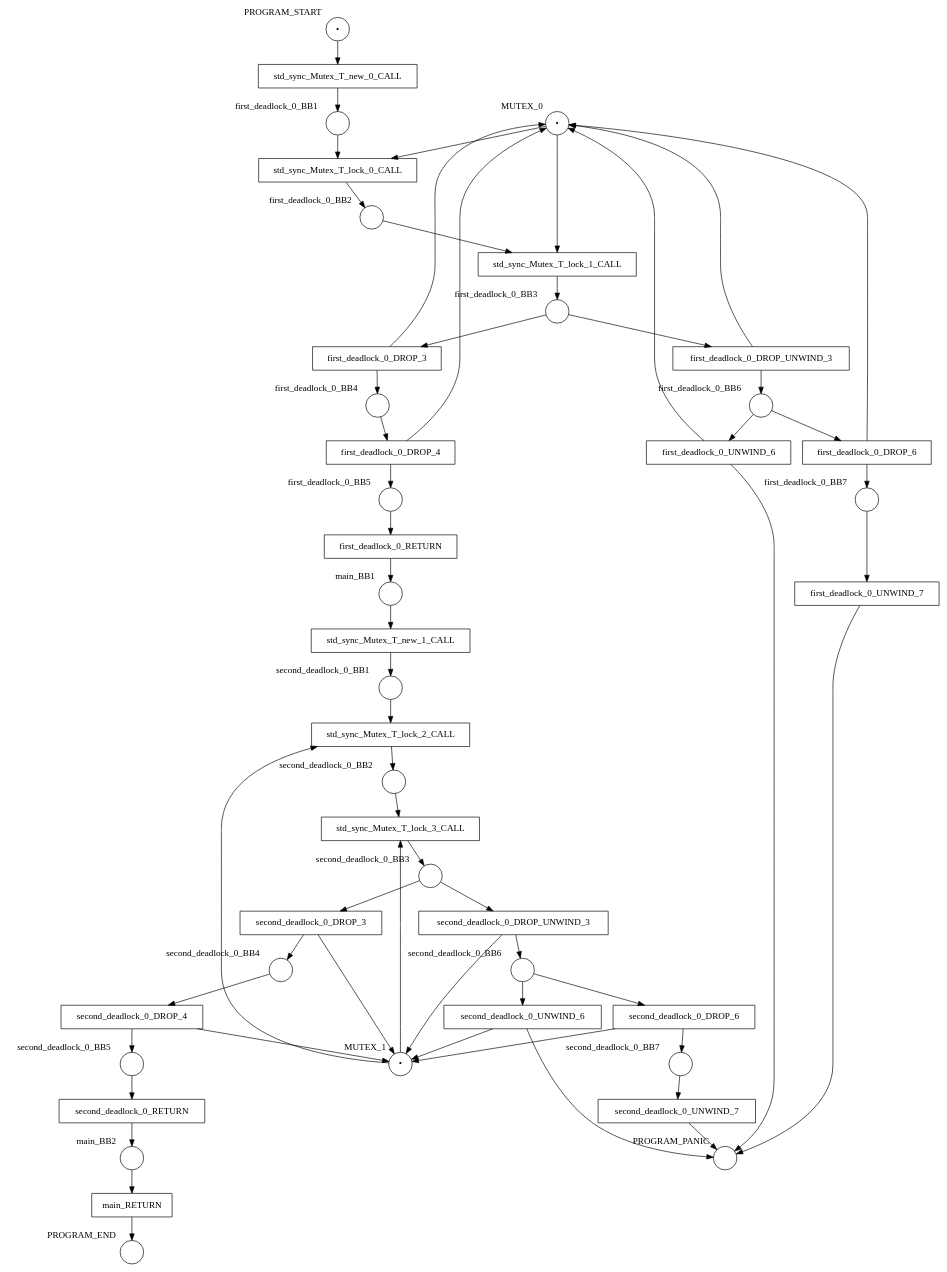
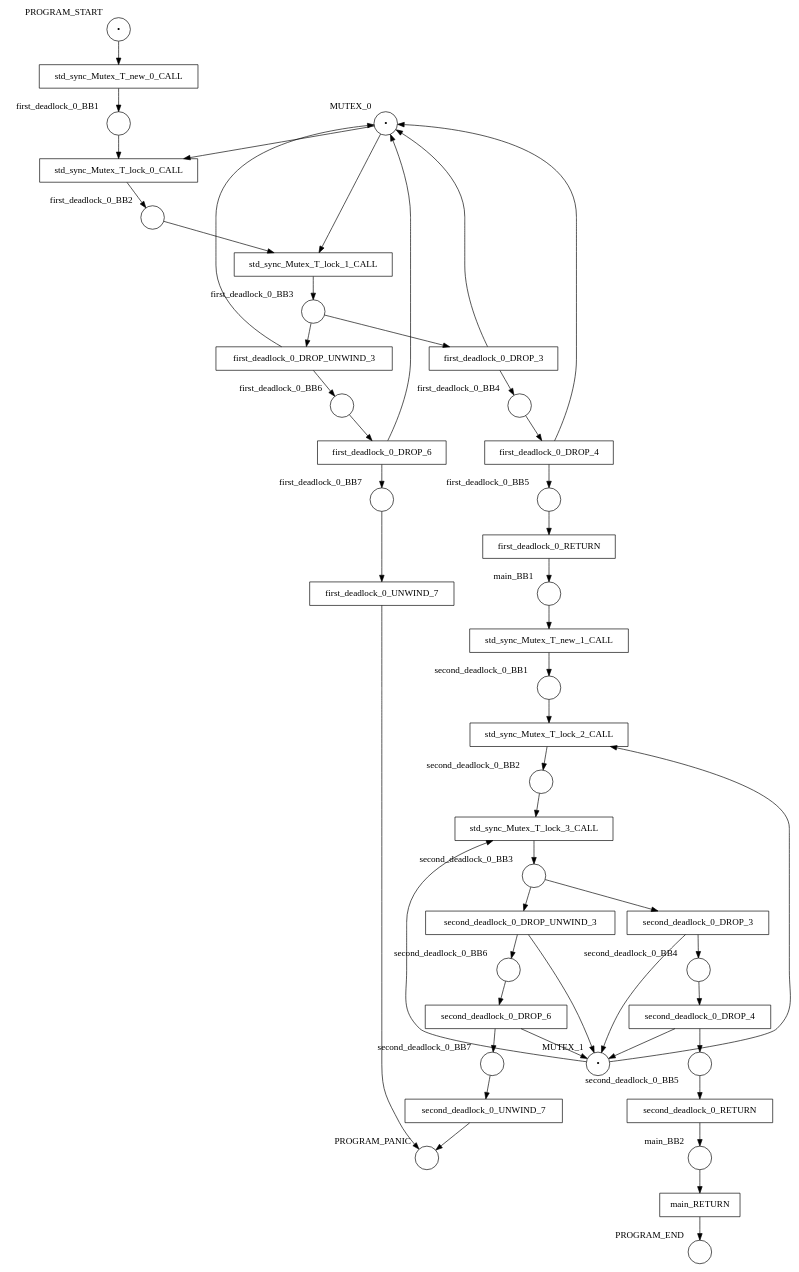
The diagram in examples/results/mutex/double_lock_deadlock_in_function/net.dot (hlisdero/cargo-check-deadlock), drawn with Graphviz before and after one commit. The commit also changed 38 other files, not shown here.

```diff
--- a/examples/results/mutex/double_lock_deadlock_in_function/net.dot
+++ b/examples/results/mutex/double_lock_deadlock_in_function/net.dot
@@ -1,100 +1,92 @@
 digraph petrinet {
     MUTEX_0 [shape="circle" xlabel="MUTEX_0" label="•"];
     MUTEX_1 [shape="circle" xlabel="MUTEX_1" label="•"];
     PROGRAM_END [shape="circle" xlabel="PROGRAM_END" label=""];
     PROGRAM_PANIC [shape="circle" xlabel="PROGRAM_PANIC" label=""];
     PROGRAM_START [shape="circle" xlabel="PROGRAM_START" label="•"];
     first_deadlock_0_BB1 [shape="circle" xlabel="first_deadlock_0_BB1" label=""];
     first_deadlock_0_BB2 [shape="circle" xlabel="first_deadlock_0_BB2" label=""];
     first_deadlock_0_BB3 [shape="circle" xlabel="first_deadlock_0_BB3" label=""];
     first_deadlock_0_BB4 [shape="circle" xlabel="first_deadlock_0_BB4" label=""];
     first_deadlock_0_BB5 [shape="circle" xlabel="first_deadlock_0_BB5" label=""];
     first_deadlock_0_BB6 [shape="circle" xlabel="first_deadlock_0_BB6" label=""];
     first_deadlock_0_BB7 [shape="circle" xlabel="first_deadlock_0_BB7" label=""];
     main_BB1 [shape="circle" xlabel="main_BB1" label=""];
     main_BB2 [shape="circle" xlabel="main_BB2" label=""];
     second_deadlock_0_BB1 [shape="circle" xlabel="second_deadlock_0_BB1" label=""];
     second_deadlock_0_BB2 [shape="circle" xlabel="second_deadlock_0_BB2" label=""];
     second_deadlock_0_BB3 [shape="circle" xlabel="second_deadlock_0_BB3" label=""];
     second_deadlock_0_BB4 [shape="circle" xlabel="second_deadlock_0_BB4" label=""];
     second_deadlock_0_BB5 [shape="circle" xlabel="second_deadlock_0_BB5" label=""];
     second_deadlock_0_BB6 [shape="circle" xlabel="second_deadlock_0_BB6" label=""];
     second_deadlock_0_BB7 [shape="circle" xlabel="second_deadlock_0_BB7" label=""];
     first_deadlock_0_DROP_3 [shape="box" xlabel="" label="first_deadlock_0_DROP_3"];
     first_deadlock_0_DROP_4 [shape="box" xlabel="" label="first_deadlock_0_DROP_4"];
     first_deadlock_0_DROP_6 [shape="box" xlabel="" label="first_deadlock_0_DROP_6"];
     first_deadlock_0_DROP_UNWIND_3 [shape="box" xlabel="" label="first_deadlock_0_DROP_UNWIND_3"];
     first_deadlock_0_RETURN [shape="box" xlabel="" label="first_deadlock_0_RETURN"];
-    first_deadlock_0_UNWIND_6 [shape="box" xlabel="" label="first_deadlock_0_UNWIND_6"];
     first_deadlock_0_UNWIND_7 [shape="box" xlabel="" label="first_deadlock_0_UNWIND_7"];
     main_RETURN [shape="box" xlabel="" label="main_RETURN"];
     second_deadlock_0_DROP_3 [shape="box" xlabel="" label="second_deadlock_0_DROP_3"];
     second_deadlock_0_DROP_4 [shape="box" xlabel="" label="second_deadlock_0_DROP_4"];
     second_deadlock_0_DROP_6 [shape="box" xlabel="" label="second_deadlock_0_DROP_6"];
     second_deadlock_0_DROP_UNWIND_3 [shape="box" xlabel="" label="second_deadlock_0_DROP_UNWIND_3"];
     second_deadlock_0_RETURN [shape="box" xlabel="" label="second_deadlock_0_RETURN"];
-    second_deadlock_0_UNWIND_6 [shape="box" xlabel="" label="second_deadlock_0_UNWIND_6"];
     second_deadlock_0_UNWIND_7 [shape="box" xlabel="" label="second_deadlock_0_UNWIND_7"];
     std_sync_Mutex_T_lock_0_CALL [shape="box" xlabel="" label="std_sync_Mutex_T_lock_0_CALL"];
     std_sync_Mutex_T_lock_1_CALL [shape="box" xlabel="" label="std_sync_Mutex_T_lock_1_CALL"];
     std_sync_Mutex_T_lock_2_CALL [shape="box" xlabel="" label="std_sync_Mutex_T_lock_2_CALL"];
     std_sync_Mutex_T_lock_3_CALL [shape="box" xlabel="" label="std_sync_Mutex_T_lock_3_CALL"];
     std_sync_Mutex_T_new_0_CALL [shape="box" xlabel="" label="std_sync_Mutex_T_new_0_CALL"];
     std_sync_Mutex_T_new_1_CALL [shape="box" xlabel="" label="std_sync_Mutex_T_new_1_CALL"];
     MUTEX_0 -> std_sync_Mutex_T_lock_0_CALL;
     MUTEX_0 -> std_sync_Mutex_T_lock_1_CALL;
     MUTEX_1 -> std_sync_Mutex_T_lock_2_CALL;
     MUTEX_1 -> std_sync_Mutex_T_lock_3_CALL;
     PROGRAM_START -> std_sync_Mutex_T_new_0_CALL;
     first_deadlock_0_BB1 -> std_sync_Mutex_T_lock_0_CALL;
     first_deadlock_0_BB2 -> std_sync_Mutex_T_lock_1_CALL;
     first_deadlock_0_BB3 -> first_deadlock_0_DROP_3;
     first_deadlock_0_BB3 -> first_deadlock_0_DROP_UNWIND_3;
     first_deadlock_0_BB4 -> first_deadlock_0_DROP_4;
     first_deadlock_0_BB5 -> first_deadlock_0_RETURN;
     first_deadlock_0_BB6 -> first_deadlock_0_DROP_6;
-    first_deadlock_0_BB6 -> first_deadlock_0_UNWIND_6;
     first_deadlock_0_BB7 -> first_deadlock_0_UNWIND_7;
     main_BB1 -> std_sync_Mutex_T_new_1_CALL;
     main_BB2 -> main_RETURN;
     second_deadlock_0_BB1 -> std_sync_Mutex_T_lock_2_CALL;
     second_deadlock_0_BB2 -> std_sync_Mutex_T_lock_3_CALL;
     second_deadlock_0_BB3 -> second_deadlock_0_DROP_3;
     second_deadlock_0_BB3 -> second_deadlock_0_DROP_UNWIND_3;
     second_deadlock_0_BB4 -> second_deadlock_0_DROP_4;
     second_deadlock_0_BB5 -> second_deadlock_0_RETURN;
     second_deadlock_0_BB6 -> second_deadlock_0_DROP_6;
-    second_deadlock_0_BB6 -> second_deadlock_0_UNWIND_6;
     second_deadlock_0_BB7 -> second_deadlock_0_UNWIND_7;
     first_deadlock_0_DROP_3 -> MUTEX_0;
     first_deadlock_0_DROP_3 -> first_deadlock_0_BB4;
     first_deadlock_0_DROP_4 -> MUTEX_0;
     first_deadlock_0_DROP_4 -> first_deadlock_0_BB5;
     first_deadlock_0_DROP_6 -> MUTEX_0;
     first_deadlock_0_DROP_6 -> first_deadlock_0_BB7;
     first_deadlock_0_DROP_UNWIND_3 -> MUTEX_0;
     first_deadlock_0_DROP_UNWIND_3 -> first_deadlock_0_BB6;
     first_deadlock_0_RETURN -> main_BB1;
-    first_deadlock_0_UNWIND_6 -> MUTEX_0;
-    first_deadlock_0_UNWIND_6 -> PROGRAM_PANIC;
     first_deadlock_0_UNWIND_7 -> PROGRAM_PANIC;
     main_RETURN -> PROGRAM_END;
     second_deadlock_0_DROP_3 -> MUTEX_1;
     second_deadlock_0_DROP_3 -> second_deadlock_0_BB4;
     second_deadlock_0_DROP_4 -> MUTEX_1;
     second_deadlock_0_DROP_4 -> second_deadlock_0_BB5;
     second_deadlock_0_DROP_6 -> MUTEX_1;
     second_deadlock_0_DROP_6 -> second_deadlock_0_BB7;
     second_deadlock_0_DROP_UNWIND_3 -> MUTEX_1;
     second_deadlock_0_DROP_UNWIND_3 -> second_deadlock_0_BB6;
     second_deadlock_0_RETURN -> main_BB2;
-    second_deadlock_0_UNWIND_6 -> MUTEX_1;
-    second_deadlock_0_UNWIND_6 -> PROGRAM_PANIC;
     second_deadlock_0_UNWIND_7 -> PROGRAM_PANIC;
     std_sync_Mutex_T_lock_0_CALL -> first_deadlock_0_BB2;
     std_sync_Mutex_T_lock_1_CALL -> first_deadlock_0_BB3;
     std_sync_Mutex_T_lock_2_CALL -> second_deadlock_0_BB2;
     std_sync_Mutex_T_lock_3_CALL -> second_deadlock_0_BB3;
     std_sync_Mutex_T_new_0_CALL -> first_deadlock_0_BB1;
     std_sync_Mutex_T_new_1_CALL -> second_deadlock_0_BB1;
 }
```
